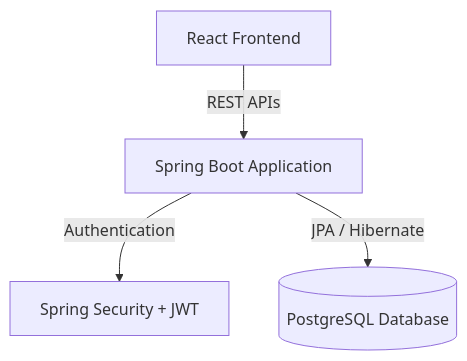
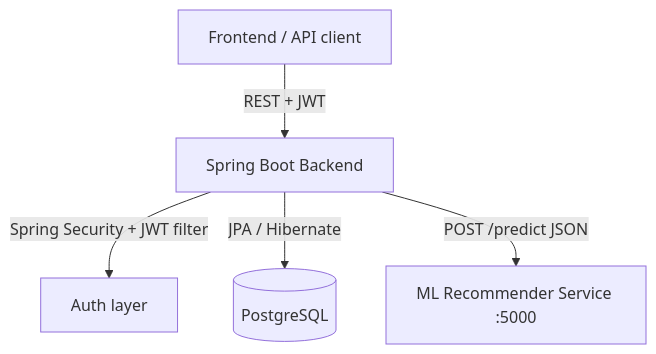
The diagram in README.md (alwayssudeepreddy/PrepWise), drawn with Mermaid before and after one commit. The commit also changed other lines of this file and 39 other files, not shown here.

````diff
--- a/README.md
+++ b/README.md
@@ -68,6 +49,7 @@
 ```mermaid
-graph TD;
-    Frontend[React Frontend] -->|REST APIs| Backend[Spring Boot Application];
-    Backend -->|Authentication| Security[Spring Security + JWT];
-    Backend -->|JPA / Hibernate| Database[(PostgreSQL Database)];
+graph TD
+    Client[Frontend / API client] -->|REST + JWT| API[Spring Boot Backend]
+    API -->|Spring Security + JWT filter| Auth[Auth layer]
+    API -->|JPA / Hibernate| DB[(PostgreSQL)]
+    API -->|POST /predict JSON| ML[ML Recommender Service :5000]
 ```
````
